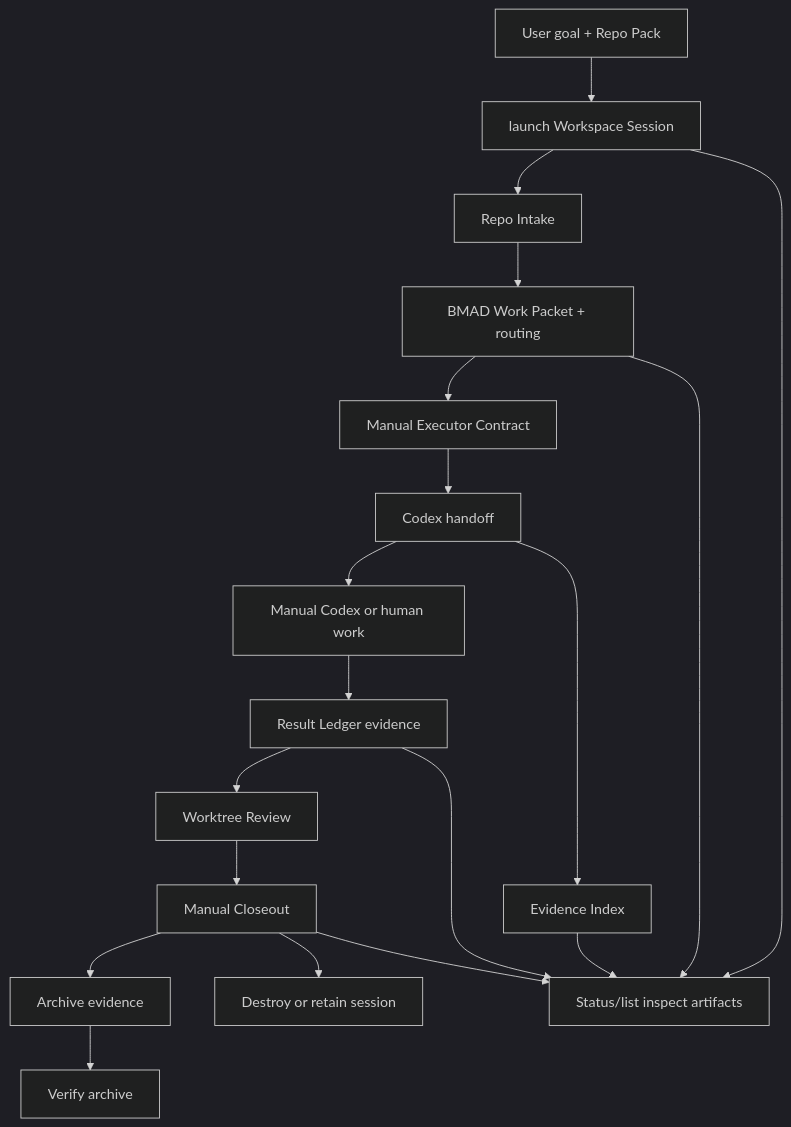
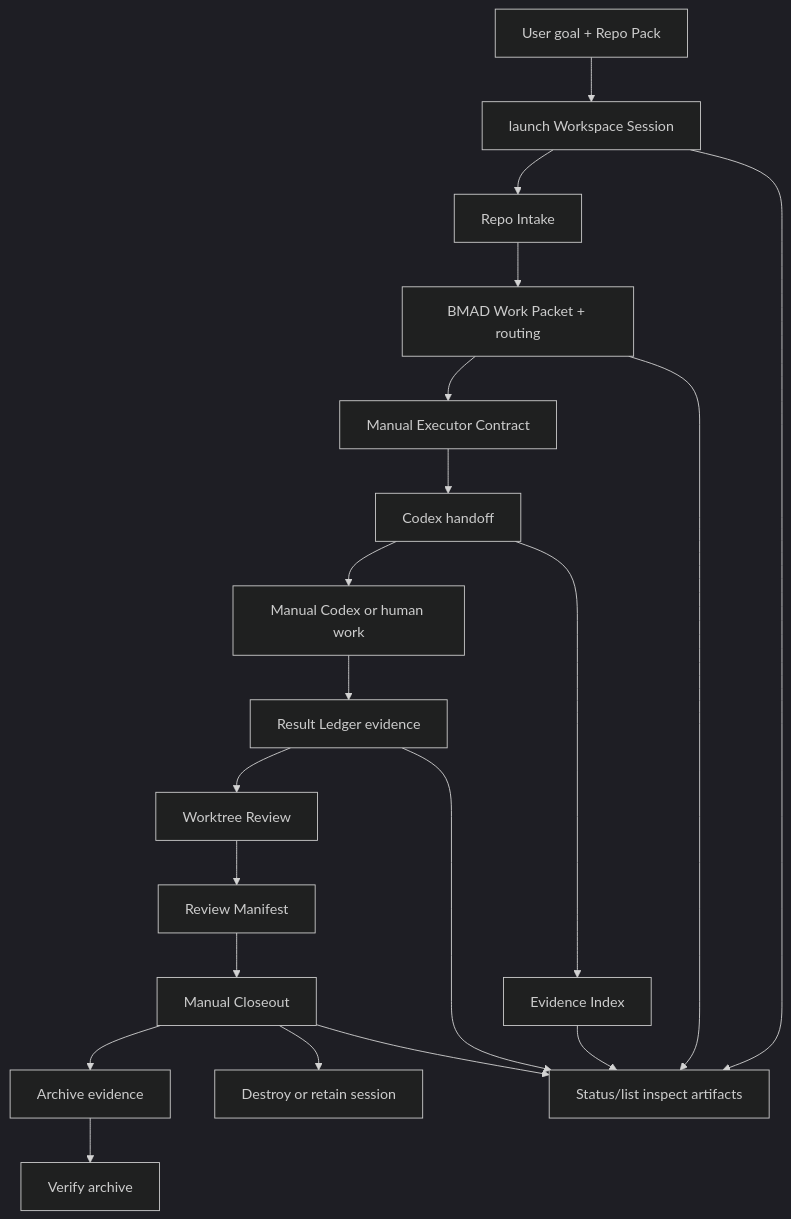
The diagram in docs/workspace/architecture.md (edamlmmv/BMAD-METHOD), drawn with Mermaid (dark theme) before and after one commit. The commit also changed other lines of this file and 22 other files, not shown here.

Commit message:
feat(workspace): add v16 review manifest

````diff
--- a/docs/workspace/architecture.md
+++ b/docs/workspace/architecture.md
@@ -278,21 +299,22 @@
 ```mermaid
 flowchart TD
   UserGoal["User goal + Repo Pack"] --> Launch["launch Workspace Session"]
   Launch --> Intake["Repo Intake"]
   Intake --> Packet["BMAD Work Packet + routing"]
   Packet --> Contract["Manual Executor Contract"]
   Contract --> Handoff["Codex handoff"]
   Handoff --> ManualWork["Manual Codex or human work"]
   Handoff --> Evidence["Evidence Index"]
   ManualWork --> Result["Result Ledger evidence"]
   Result --> Review["Worktree Review"]
-  Review --> Closeout["Manual Closeout"]
+  Review --> Manifest["Review Manifest"]
+  Manifest --> Closeout["Manual Closeout"]
   Closeout --> Archive["Archive evidence"]
   Archive --> Verify["Verify archive"]
   Closeout --> Destroy["Destroy or retain session"]
   Launch --> Status["Status/list inspect artifacts"]
   Packet --> Status
   Result --> Status
   Closeout --> Status
   Evidence --> Status
 ```
````
